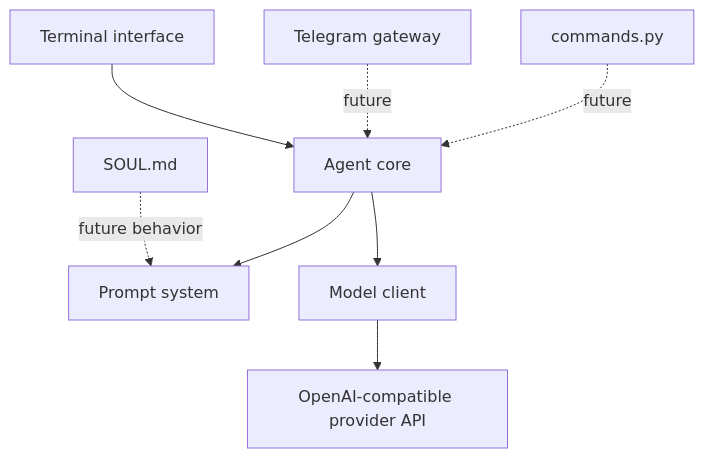
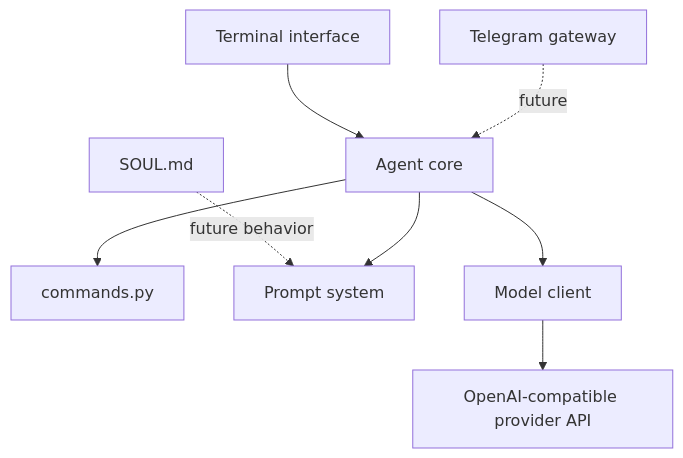
Before and after one commit to dosment/Secan: the second of 2 diagrams in ARCHITECTURE.md, drawn with Mermaid. The commit also changed other lines of this file and 4 other files, not shown here.

````diff
--- a/ARCHITECTURE.md
+++ b/ARCHITECTURE.md
@@ -26,10 +28,10 @@
 ```mermaid
 flowchart TD
     Terminal[Terminal interface] --> Agent[Agent core]
     Telegram[Telegram gateway] -. future .-> Agent
-    Commands[commands.py] -. future .-> Agent
+    Agent --> Commands[commands.py]
     Soul[SOUL.md] -. future behavior .-> Prompts[Prompt system]
     Agent --> Prompts
     Agent --> Model[Model client]
     Model --> Provider[OpenAI-compatible provider API]
 ```
````
